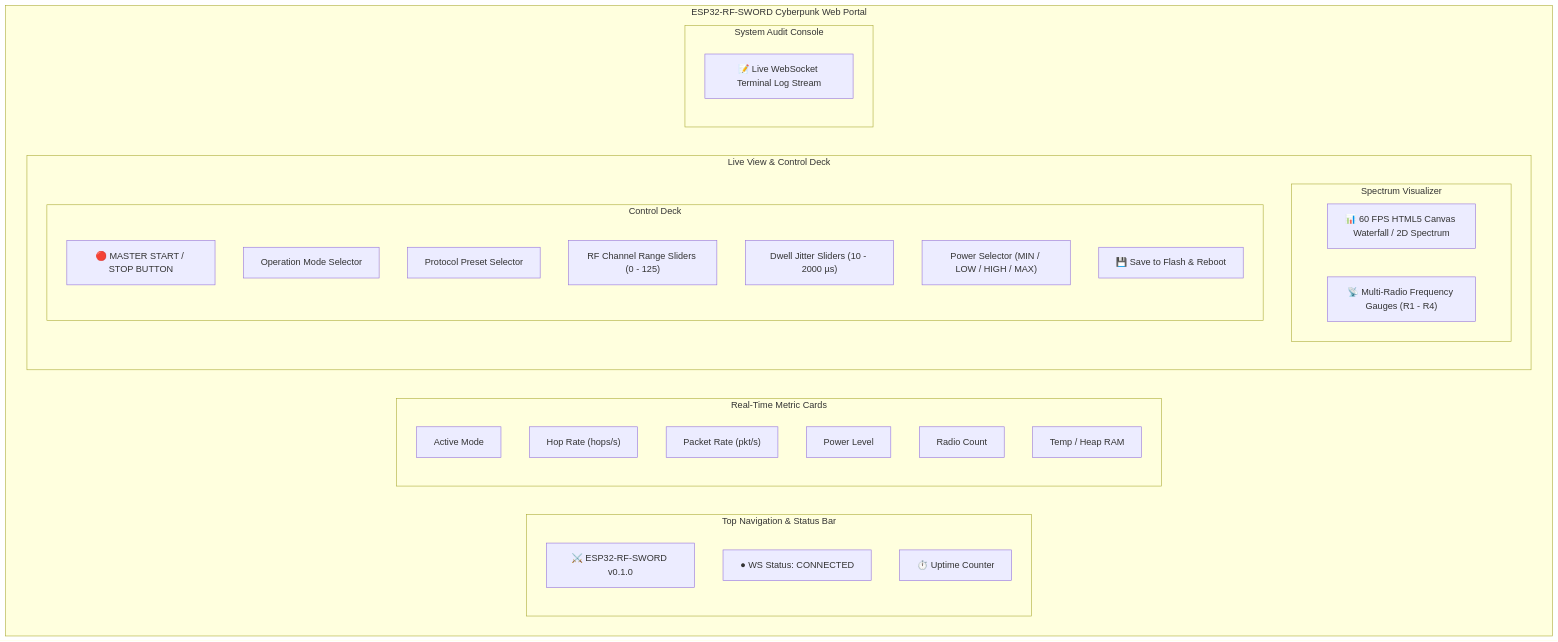
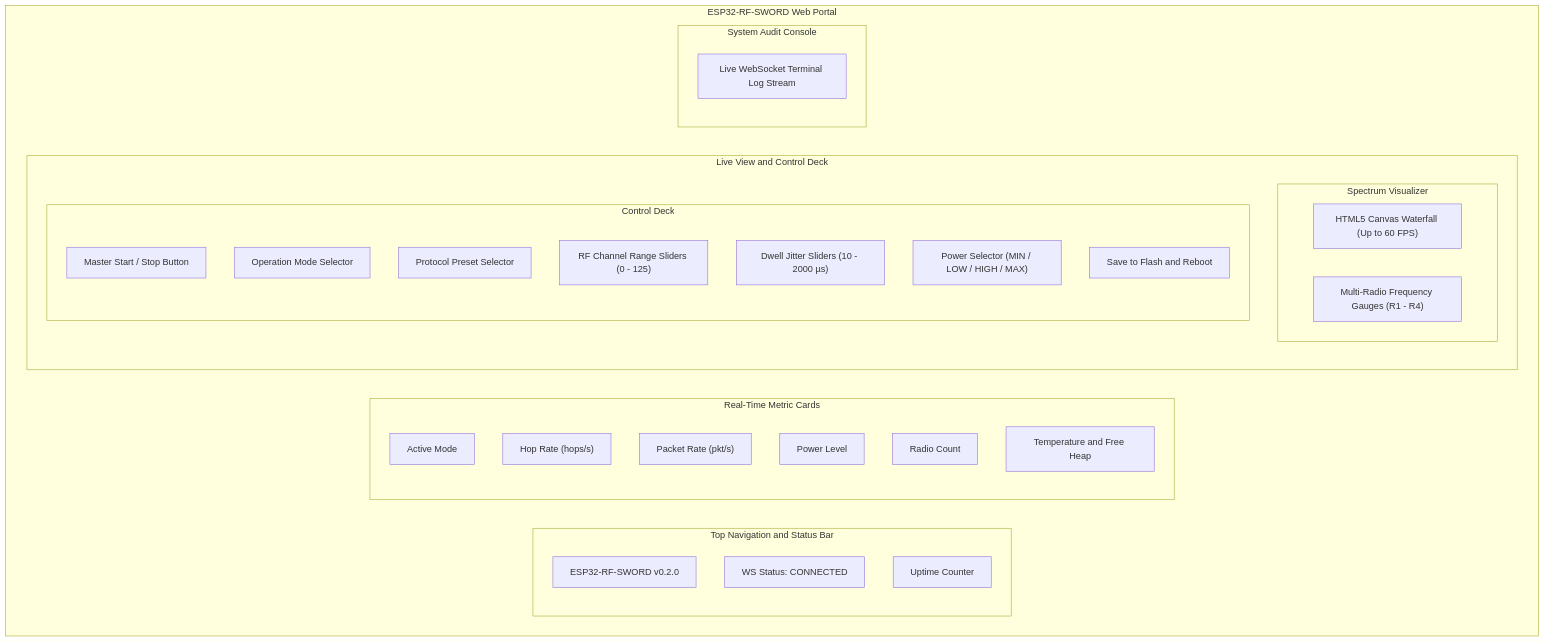
Before and after one commit to AtaCanYmc/esp32-rf-sword: the first of 2 diagrams in docs/WEB_INTERFACE.md, drawn with Mermaid. The commit also changed other lines of this file and 12 other files, not shown here.

````diff
--- a/docs/WEB_INTERFACE.md
+++ b/docs/WEB_INTERFACE.md
@@ -22,39 +26,39 @@
 ```mermaid
 flowchart TD
-    subgraph WEB_DASHBOARD ["ESP32-RF-SWORD Cyberpunk Web Portal"]
-        subgraph HEADER ["Top Navigation & Status Bar"]
-            BRAND["⚔️ ESP32-RF-SWORD v0.1.0"]
-            STATUS["● WS Status: CONNECTED"]
-            UPTIME["⏱️ Uptime Counter"]
+    subgraph WEB_DASHBOARD ["ESP32-RF-SWORD Web Portal"]
+        subgraph HEADER ["Top Navigation and Status Bar"]
+            BRAND["ESP32-RF-SWORD v0.2.0"]
+            STATUS["WS Status: CONNECTED"]
+            UPTIME["Uptime Counter"]
         end
 
         subgraph METRICS ["Real-Time Metric Cards"]
             M_MODE["Active Mode"]
             M_HOPS["Hop Rate (hops/s)"]
             M_PKT["Packet Rate (pkt/s)"]
             M_PWR["Power Level"]
             M_RAD["Radio Count"]
-            M_HEALTH["Temp / Heap RAM"]
+            M_HEALTH["Temperature and Free Heap"]
         end
 
-        subgraph MAIN_BODY ["Live View & Control Deck"]
+        subgraph MAIN_BODY ["Live View and Control Deck"]
             subgraph LEFT_PANEL ["Spectrum Visualizer"]
-                CANVAS["📊 60 FPS HTML5 Canvas Waterfall / 2D Spectrum"]
-                GAUGES["📡 Multi-Radio Frequency Gauges (R1 - R4)"]
+                CANVAS["HTML5 Canvas Waterfall (Up to 60 FPS)"]
+                GAUGES["Multi-Radio Frequency Gauges (R1 - R4)"]
             end
             subgraph RIGHT_PANEL ["Control Deck"]
-                MASTER_BTN["🔴 MASTER START / STOP BUTTON"]
+                MASTER_BTN["Master Start / Stop Button"]
                 MODE_SEL["Operation Mode Selector"]
                 PRESET_SEL["Protocol Preset Selector"]
                 CHAN_SLIDER["RF Channel Range Sliders (0 - 125)"]
                 DWELL_SLIDER["Dwell Jitter Sliders (10 - 2000 µs)"]
                 PWR_SEG["Power Selector (MIN / LOW / HIGH / MAX)"]
-                FLASH_ACTIONS["💾 Save to Flash & Reboot"]
+                FLASH_ACTIONS["Save to Flash and Reboot"]
             end
         end
 
         subgraph LOG_VIEW ["System Audit Console"]
-            LOG_STREAM["📝 Live WebSocket Terminal Log Stream"]
+            LOG_STREAM["Live WebSocket Terminal Log Stream"]
         end
     end
 ```
````
